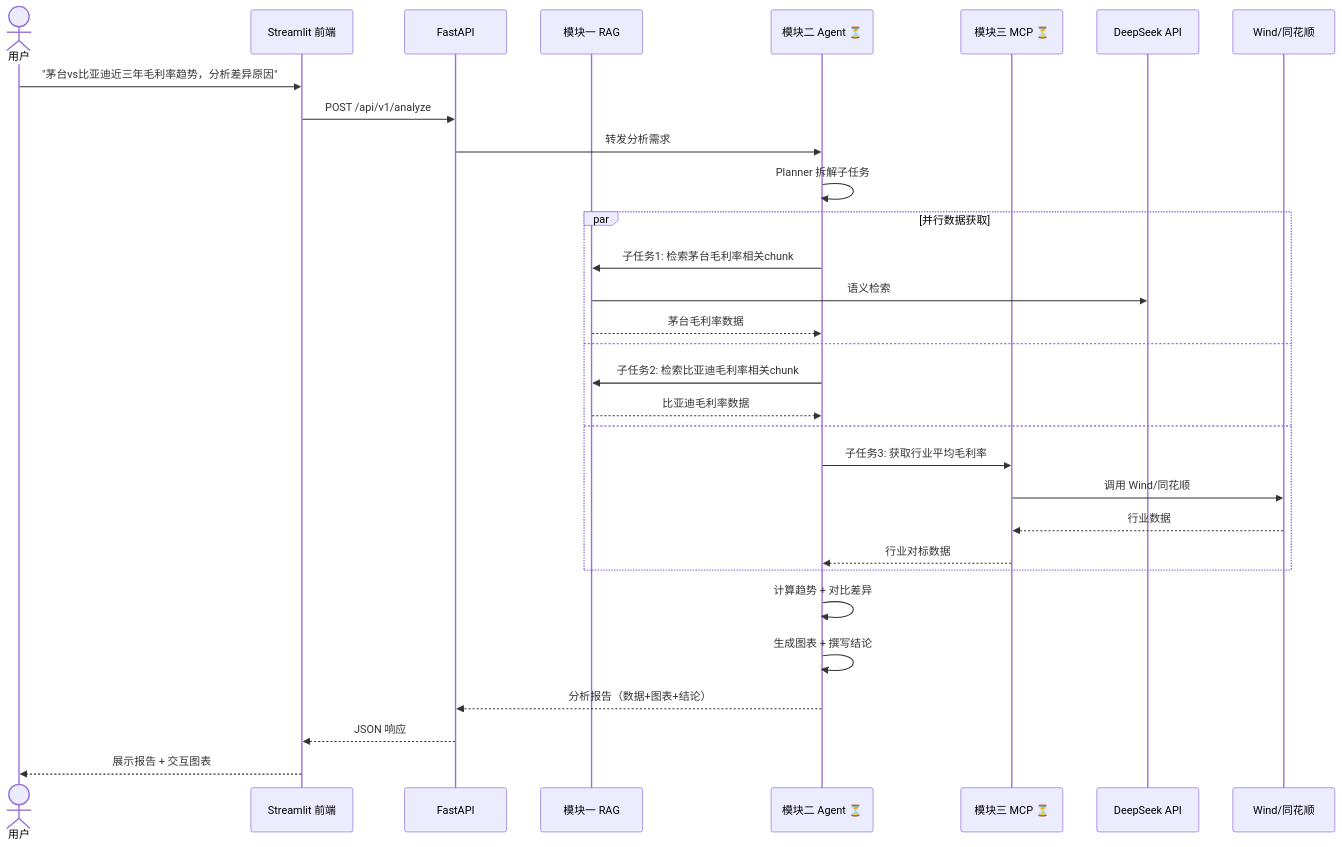
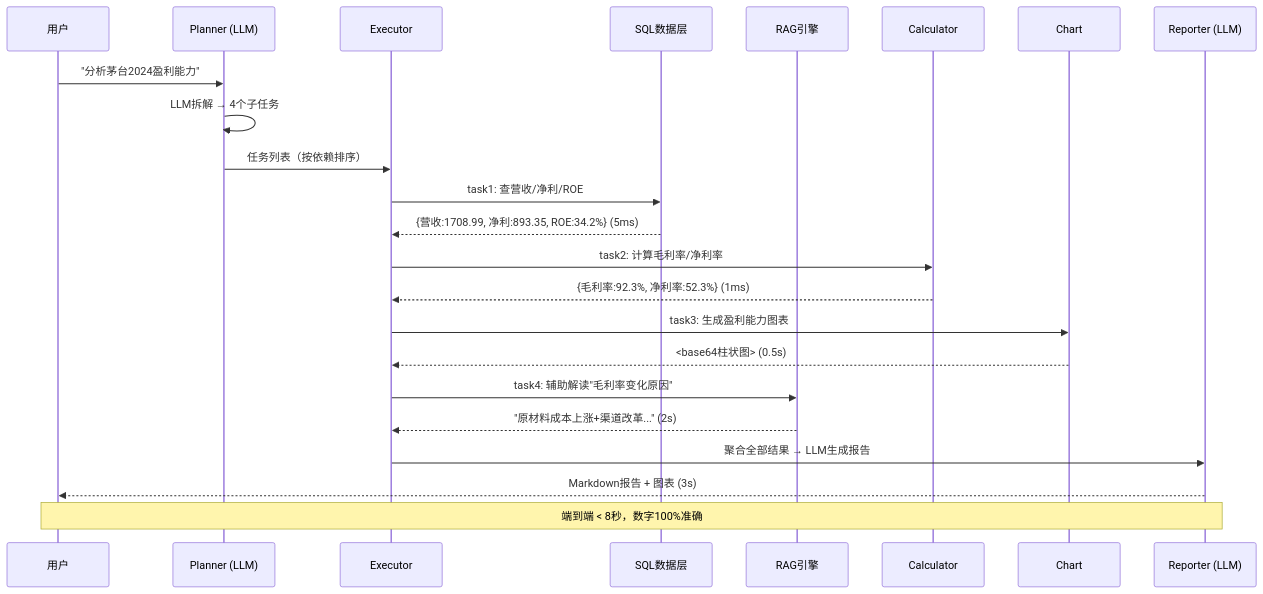
One commit to banma05/financial-ai-platform changed the second of 3 diagrams in docs/架构图.md. Above: the diagram before and after it, drawn with Mermaid. The commit also changed other lines of this file and 25 other files, not shown here.

````diff
--- a/docs/架构图.md
+++ b/docs/架构图.md
@@ -181,37 +56,32 @@
 ```mermaid
 sequenceDiagram
-    actor 用户
-    participant 前端 as Streamlit 前端
-    participant API as FastAPI
-    participant RAG as 模块一 RAG
-    participant Agent as 模块二 Agent ⏳
-    participant MCP as 模块三 MCP ⏳
-    participant LLM as DeepSeek API
-    participant 外部 as Wind/同花顺
+    participant U as 用户
+    participant P as Planner (LLM)
+    participant E as Executor
+    participant SQL as SQL数据层
+    participant RAG as RAG引擎
+    participant C as Calculator
+    participant CH as Chart
+    participant RP as Reporter (LLM)
 
-    用户->>前端: "茅台vs比亚迪近三年毛利率趋势，分析差异原因"
-    前端->>API: POST /api/v1/analyze
-    
-    API->>Agent: 转发分析需求
-    Agent->>Agent: Planner 拆解子任务
-    
-    par 并行数据获取
-        Agent->>RAG: 子任务1: 检索茅台毛利率相关chunk
-        RAG->>LLM: 语义检索
-        RAG-->>Agent: 茅台毛利率数据
-    and
-        Agent->>RAG: 子任务2: 检索比亚迪毛利率相关chunk
-        RAG-->>Agent: 比亚迪毛利率数据
-    and
-        Agent->>MCP: 子任务3: 获取行业平均毛利率
-        MCP->>外部: 调用 Wind/同花顺
-        外部-->>MCP: 行业数据
-        MCP-->>Agent: 行业对标数据
-    end
-    
-    Agent->>Agent: 计算趋势 + 对比差异
-    Agent->>Agent: 生成图表 + 撰写结论
-    Agent-->>API: 分析报告（数据+图表+结论）
-    API-->>前端: JSON 响应
-    前端-->>用户: 展示报告 + 交互图表
+    U->>P: "分析茅台2024盈利能力"
+    P->>P: LLM拆解 → 4个子任务
+    P->>E: 任务列表（按依赖排序）
+
+    E->>SQL: task1: 查营收/净利/ROE
+    SQL-->>E: {营收:1708.99, 净利:893.35, ROE:34.2%} (5ms)
+
+    E->>C: task2: 计算毛利率/净利率
+    C-->>E: {毛利率:92.3%, 净利率:52.3%} (1ms)
+
+    E->>CH: task3: 生成盈利能力图表
+    CH-->>E: <base64柱状图> (0.5s)
+
+    E->>RAG: task4: 辅助解读"毛利率变化原因"
+    RAG-->>E: "原材料成本上涨+渠道改革..." (2s)
+
+    E->>RP: 聚合全部结果 → LLM生成报告
+    RP-->>U: Markdown报告 + 图表 (3s)
+
+    Note over U,RP: 端到端 < 8秒，数字100%准确
 ```
````
